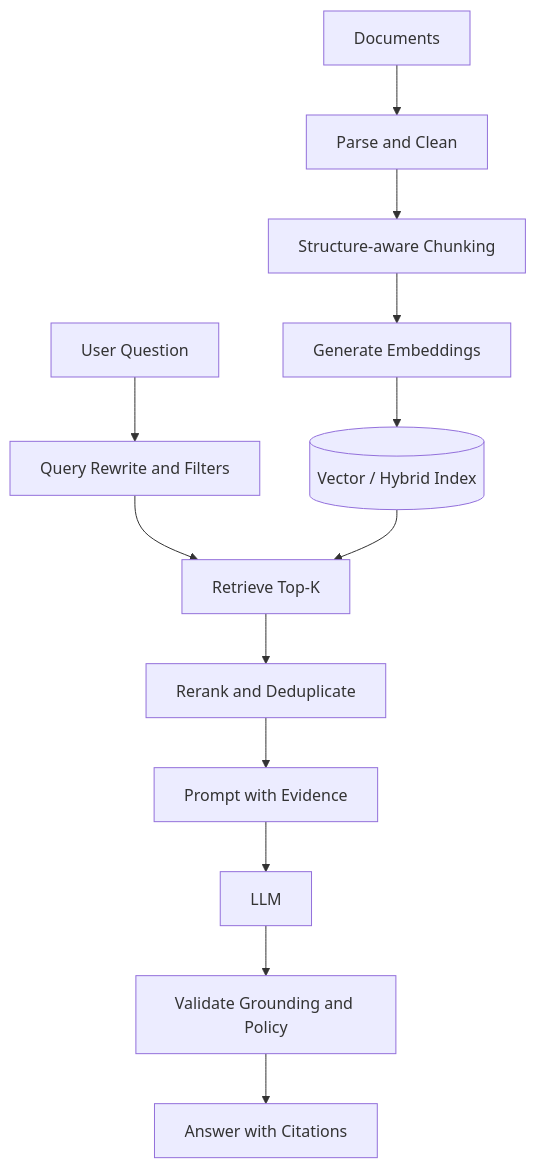
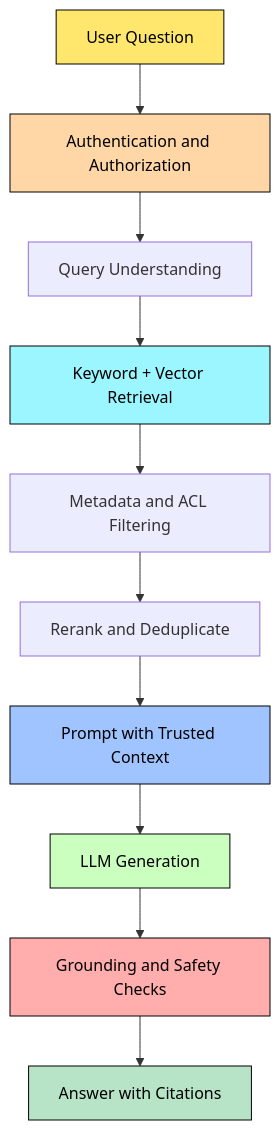
One commit to azam123/Engineering-Interview-Prep changed the first of 5 diagrams in 05-GenAI-RAG-Interview-QA.md. Above: the diagram before and after it, drawn with Mermaid. The commit also changed other lines of this file, not shown here.

Commit message:
Expand GenAI RAG interview guide with definitions, examples, C# code, security, guardrails and top 20 questions

````diff
--- a/05-GenAI-RAG-Interview-QA.md
+++ b/05-GenAI-RAG-Interview-QA.md
@@ -6,15 +63,20 @@
 ```mermaid
 flowchart TD
-    D[Documents] --> P[Parse and Clean]
-    P --> C[Structure-aware Chunking]
-    C --> E[Generate Embeddings]
-    E --> IDX[(Vector / Hybrid Index)]
-    Q[User Question] --> R[Query Rewrite and Filters]
-    R --> S[Retrieve Top-K]
-    IDX --> S
-    S --> RR[Rerank and Deduplicate]
-    RR --> PR[Prompt with Evidence]
-    PR --> L[LLM]
-    L --> V[Validate Grounding and Policy]
-    V --> O[Answer with Citations]
+    A[User Question] --> B[Authentication and Authorization]
+    B --> C[Query Understanding]
+    C --> D[Keyword + Vector Retrieval]
+    D --> E[Metadata and ACL Filtering]
+    E --> F[Rerank and Deduplicate]
+    F --> G[Prompt with Trusted Context]
+    G --> H[LLM Generation]
+    H --> I[Grounding and Safety Checks]
+    I --> J[Answer with Citations]
+
+    style A fill:#ffe66d,color:#000,stroke:#000
+    style B fill:#ffd6a5,color:#000,stroke:#000
+    style D fill:#9bf6ff,color:#000,stroke:#000
+    style G fill:#a0c4ff,color:#000,stroke:#000
+    style H fill:#caffbf,color:#000,stroke:#000
+    style I fill:#ffadad,color:#000,stroke:#000
+    style J fill:#b7e4c7,color:#000,stroke:#000
 ```
````
